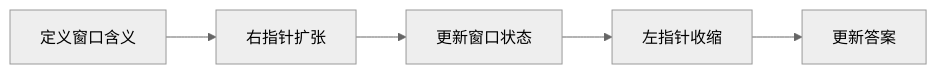
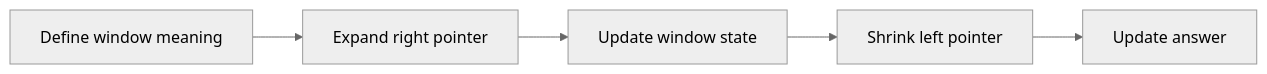
Before and after one commit to HONGLEI111/hhlblog-global: the second of 2 diagrams in src/content/technology/sliding-window.md, drawn with Mermaid (neutral theme). The commit also changed other lines of this file and 33 other files, not shown here.

First line of the commit message:
content(code): 翻译 mermaid 图节点标签（34 文件 / 267 处）

````diff
--- a/src/content/technology/sliding-window.md
+++ b/src/content/technology/sliding-window.md
@@ -244,7 +244,7 @@
 ```mermaid
 graph LR
-    A[定义窗口含义] --> B[右指针扩张]
-    B --> C[更新窗口状态]
-    C --> D[左指针收缩]
-    D --> E[更新答案]
+    A[Define window meaning] --> B[Expand right pointer]
+    B --> C[Update window state]
+    C --> D[Shrink left pointer]
+    D --> E[Update answer]
 ```
````
